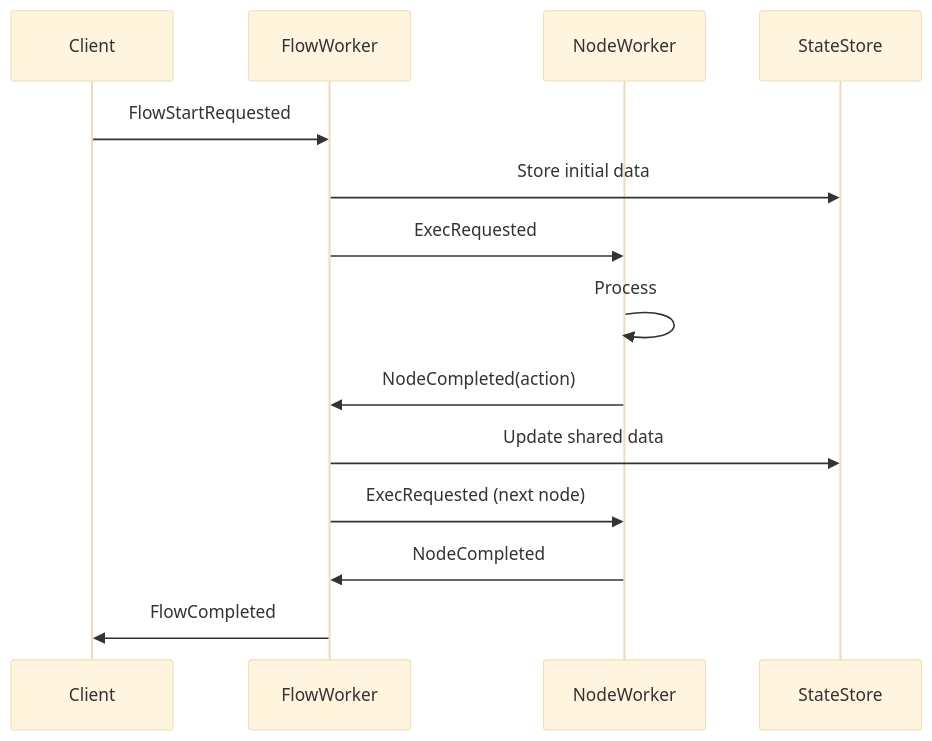
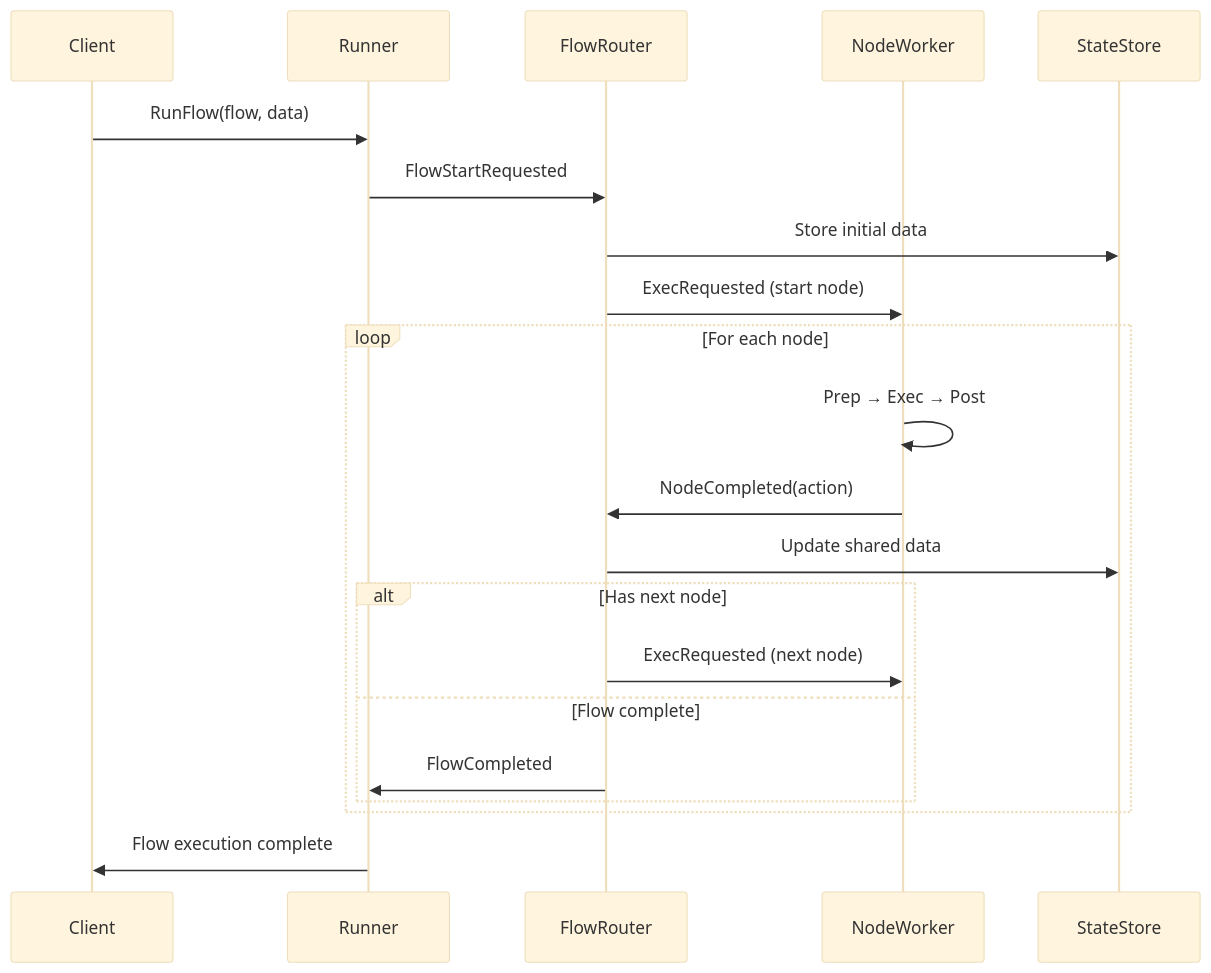
One commit to wesen/PocketFlow changed the second of 4 diagrams in ttmp/2025-05-22/04-long-term-concise-go-pocketflow-design-architecture-document.md. Above: the diagram before and after it, drawn with Mermaid (base theme). The commit also changed other lines of this file and 3 other files, not shown here.

Commit message:
:sparkles: Add listening to flow event finish

````diff
--- a/ttmp/2025-05-22/04-long-term-concise-go-pocketflow-design-architecture-document.md
+++ b/ttmp/2025-05-22/04-long-term-concise-go-pocketflow-design-architecture-document.md
@@ -286,17 +404,26 @@
 ```mermaid
 sequenceDiagram
     participant Client
-    participant FlowWorker
+    participant Runner
+    participant FlowRouter
     participant NodeWorker
     participant StateStore
     
-    Client->>FlowWorker: FlowStartRequested
-    FlowWorker->>StateStore: Store initial data
-    FlowWorker->>NodeWorker: ExecRequested
-    NodeWorker->>NodeWorker: Process
-    NodeWorker->>FlowWorker: NodeCompleted(action)
-    FlowWorker->>StateStore: Update shared data
-    FlowWorker->>NodeWorker: ExecRequested (next node)
-    NodeWorker->>FlowWorker: NodeCompleted
-    FlowWorker->>Client: FlowCompleted
+    Client->>Runner: RunFlow(flow, data)
+    Runner->>FlowRouter: FlowStartRequested
+    FlowRouter->>StateStore: Store initial data
+    FlowRouter->>NodeWorker: ExecRequested (start node)
+    
+    loop For each node
+        NodeWorker->>NodeWorker: Prep → Exec → Post
+        NodeWorker->>FlowRouter: NodeCompleted(action)
+        FlowRouter->>StateStore: Update shared data
+        alt Has next node
+            FlowRouter->>NodeWorker: ExecRequested (next node)
+        else Flow complete
+            FlowRouter->>Runner: FlowCompleted
+        end
+    end
+    
+    Runner->>Client: Flow execution complete
 ```
````
